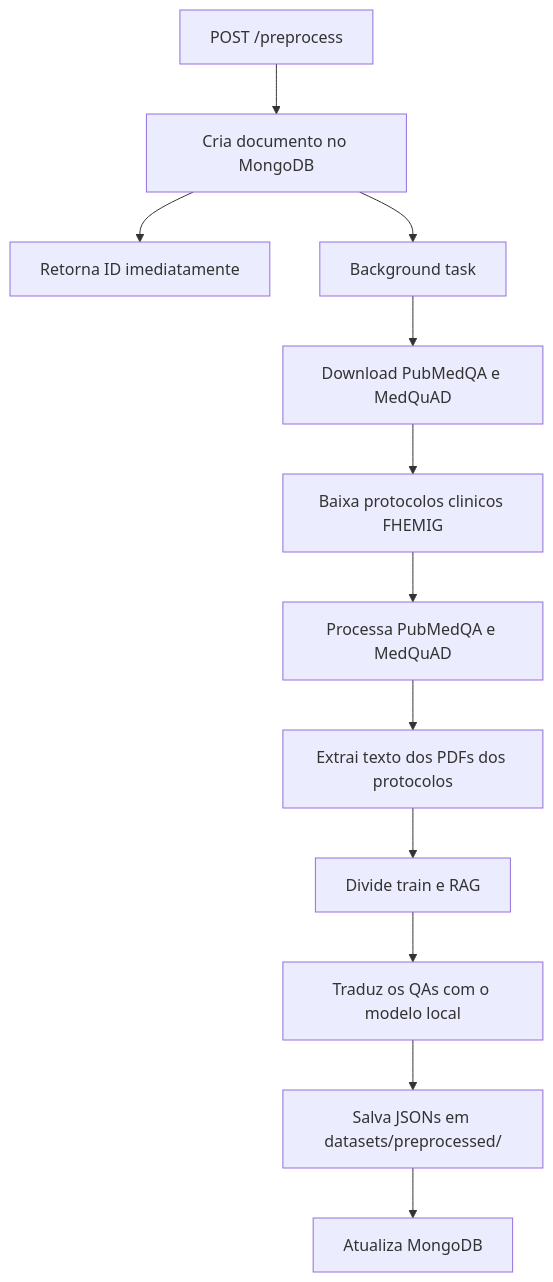
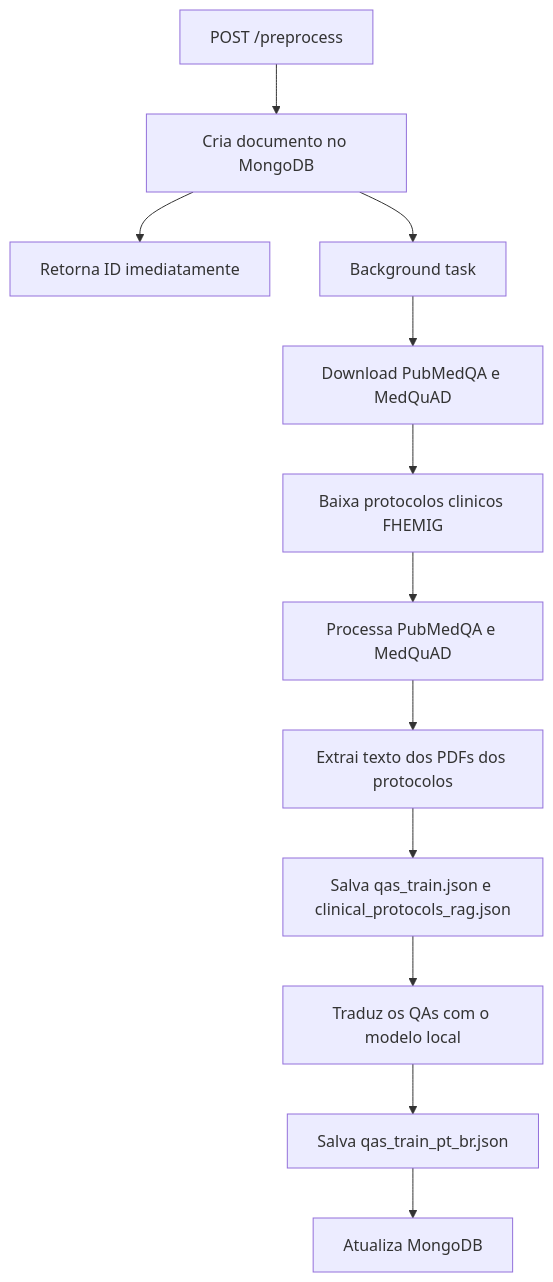
Before and after one commit to vagner-nascimento/fiap-pos-ia-para-devs-fase3-tech-challenge: the second of 2 diagrams in backend/README.md, drawn with Mermaid. The commit also changed other lines of this file and 8 other files, not shown here.

````diff
--- a/backend/README.md
+++ b/backend/README.md
@@ -607,14 +607,14 @@
 ```mermaid
 flowchart TD
     A[POST /preprocess] --> B[Cria documento no MongoDB]
     B --> C[Retorna ID imediatamente]
     B --> D[Background task]
     D --> E[Download PubMedQA e MedQuAD]
     E --> F[Baixa protocolos clinicos FHEMIG]
     F --> G[Processa PubMedQA e MedQuAD]
     G --> H[Extrai texto dos PDFs dos protocolos]
-    H --> I[Divide train e RAG]
+    H --> I[Salva qas_train.json e clinical_protocols_rag.json]
     I --> J[Traduz os QAs com o modelo local]
-    J --> K[Salva JSONs em datasets/preprocessed/]
+    J --> K[Salva qas_train_pt_br.json]
     K --> L[Atualiza MongoDB]
 ```
````
